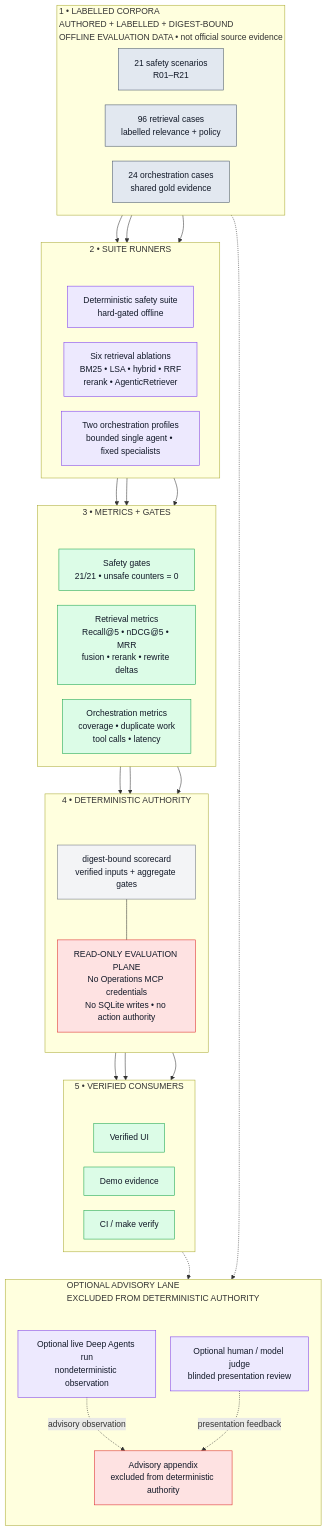
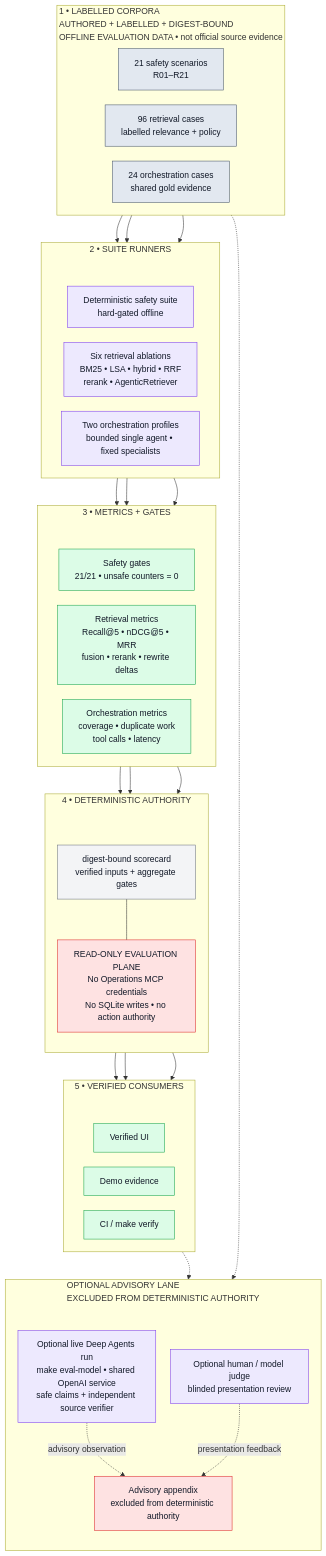
Before and after one commit to nagarjunakanamarlapudi/reacall-agents: the diagram in docs/images/10_evaluation_architecture.mmd, drawn with Mermaid. The commit also changed 45 other files, not shown here.

Commit message:
docs: present authoritative OpenAI workflow and live demo

```diff
--- a/docs/images/10_evaluation_architecture.mmd
+++ b/docs/images/10_evaluation_architecture.mmd
@@ -1,66 +1,66 @@
 %%{init: {"flowchart": {"rankSpacing": 52, "nodeSpacing": 28, "subGraphTitleMargin": {"top": 0, "bottom": 58}}}}%%
 flowchart TB
   classDef evaldata fill:#e2e8f0,stroke:#475569,color:#111827
   classDef reason fill:#ede9fe,stroke:#7c3aed,color:#111827
   classDef verify fill:#dcfce7,stroke:#16a34a,color:#111827
   classDef human fill:#fee2e2,stroke:#dc2626,color:#111827
   classDef state fill:#f3f4f6,stroke:#6b7280,color:#111827
 
   subgraph CORPORA["1 • LABELLED CORPORA<br/>AUTHORED + LABELLED + DIGEST-BOUND<br/>OFFLINE EVALUATION DATA • not official source evidence"]
     direction LR
     SAFETY["21 safety scenarios<br/>R01–R21"]:::evaldata
     RETRIEVAL["96 retrieval cases<br/>labelled relevance + policy"]:::evaldata
     ORCHESTRATION["24 orchestration cases<br/>shared gold evidence"]:::evaldata
   end
 
   subgraph RUNNERS["2 • SUITE RUNNERS"]
     direction LR
     SAFETY_RUN["Deterministic safety suite<br/>hard-gated offline"]:::reason
     RETRIEVAL_RUN["Six retrieval ablations<br/>BM25 • LSA • hybrid • RRF<br/>rerank • AgenticRetriever"]:::reason
     ORCHESTRATION_RUN["Two orchestration profiles<br/>bounded single agent • fixed specialists"]:::reason
   end
 
   subgraph MEASURES["3 • METRICS + GATES"]
     direction LR
     SAFETY_GATE["Safety gates<br/>21/21 • unsafe counters = 0"]:::verify
     RETRIEVAL_METRICS["Retrieval metrics<br/>Recall@5 • nDCG@5 • MRR<br/>fusion • rerank • rewrite deltas"]:::verify
     ORCHESTRATION_METRICS["Orchestration metrics<br/>coverage • duplicate work<br/>tool calls • latency"]:::verify
   end
 
   subgraph AUTHORITY["4 • DETERMINISTIC AUTHORITY"]
     direction TB
     SCORECARD["digest-bound scorecard<br/>verified inputs + aggregate gates"]:::state
     EVAL_BOUNDARY["READ-ONLY EVALUATION PLANE<br/>No Operations MCP credentials<br/>No SQLite writes • no action authority"]:::human
     SCORECARD --- EVAL_BOUNDARY
   end
 
   subgraph OPTIONAL["OPTIONAL ADVISORY LANE<br/>EXCLUDED FROM DETERMINISTIC AUTHORITY"]
     direction TB
-    LIVE["Optional live Deep Agents run<br/>nondeterministic observation"]:::reason
+    LIVE["Optional live Deep Agents run<br/>make eval-model • shared OpenAI service<br/>safe claims + independent source verifier"]:::reason
     JUDGE["Optional human / model judge<br/>blinded presentation review"]:::reason
     ADVISORY["Advisory appendix<br/>excluded from deterministic authority"]:::human
   end
 
   subgraph OUTPUTS["5 • VERIFIED CONSUMERS"]
     direction LR
     UI["Verified UI"]:::verify
     DEMO["Demo evidence"]:::verify
     CI["CI / make verify"]:::verify
   end
 
   SAFETY --> SAFETY_RUN --> SAFETY_GATE
   RETRIEVAL --> RETRIEVAL_RUN --> RETRIEVAL_METRICS
   ORCHESTRATION --> ORCHESTRATION_RUN --> ORCHESTRATION_METRICS
   SAFETY_GATE --> SCORECARD
   RETRIEVAL_METRICS --> SCORECARD
   ORCHESTRATION_METRICS --> SCORECARD
   SCORECARD --> UI
   SCORECARD --> DEMO
   SCORECARD --> CI
 
   EVAL_BOUNDARY ~~~ UI
   CI ~~~ LIVE
   ORCHESTRATION -.-> LIVE
   DEMO -.-> JUDGE
   LIVE -. advisory observation .-> ADVISORY
   JUDGE -. presentation feedback .-> ADVISORY
```
